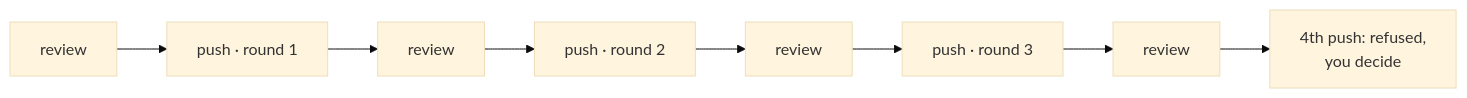
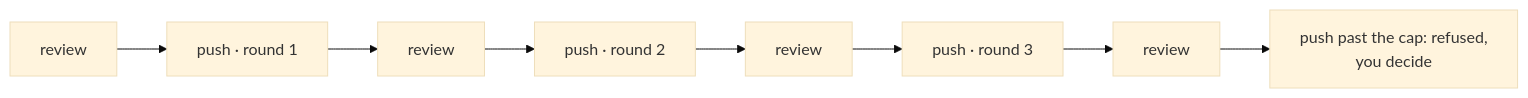
One commit to cedricfarinazzo/agile-skills changed the fourth of 6 diagrams in agile-mods/docs/guards.md. Above: the diagram before and after it, drawn with Mermaid (base theme). The commit also changed other lines of this file and 79 other files, not shown here.

````diff
--- a/agile-mods/docs/guards.md
+++ b/agile-mods/docs/guards.md
@@ -91,4 +91,4 @@
 ```mermaid
 flowchart LR
-  r1["review"] --> p1["push · round 1"] --> r2["review"] --> p2["push · round 2"] --> r3["review"] --> p3["push · round 3"] --> r4["review"] --> x["4th push: refused,<br/>you decide"]
+  r1["review"] --> p1["push · round 1"] --> r2["review"] --> p2["push · round 2"] --> r3["review"] --> p3["push · round 3"] --> r4["review"] --> x["push past the cap: refused,<br/>you decide"]
 ```
````
